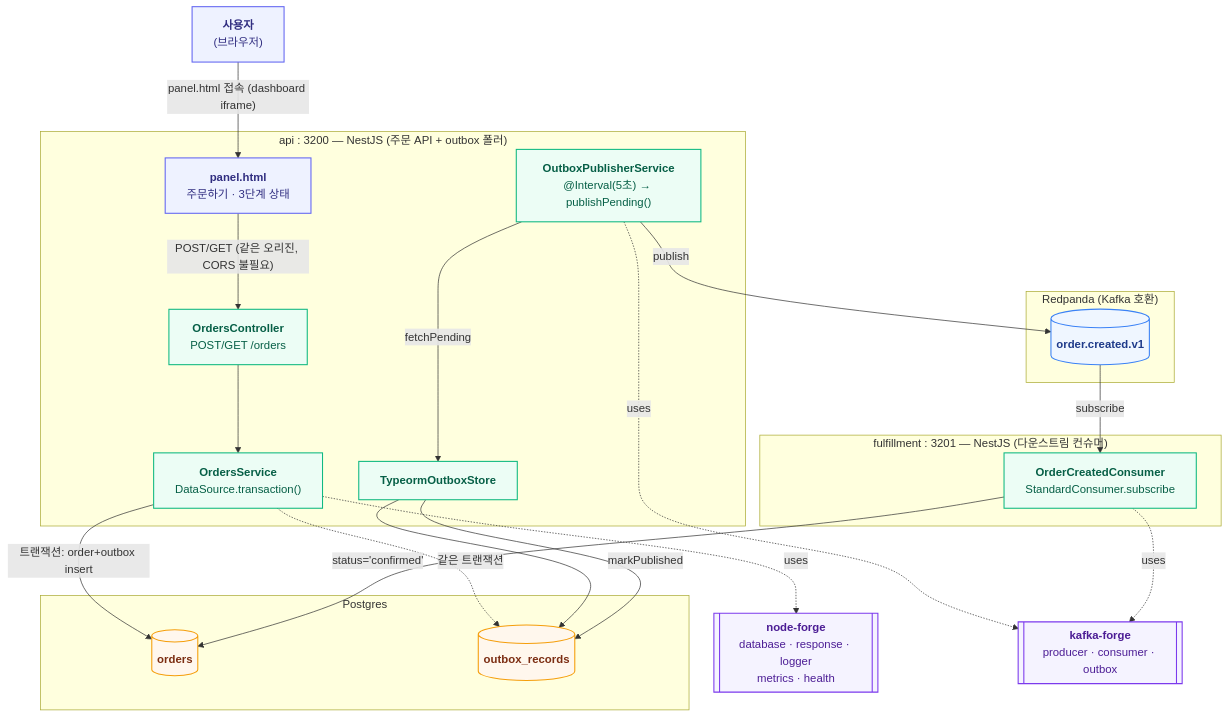
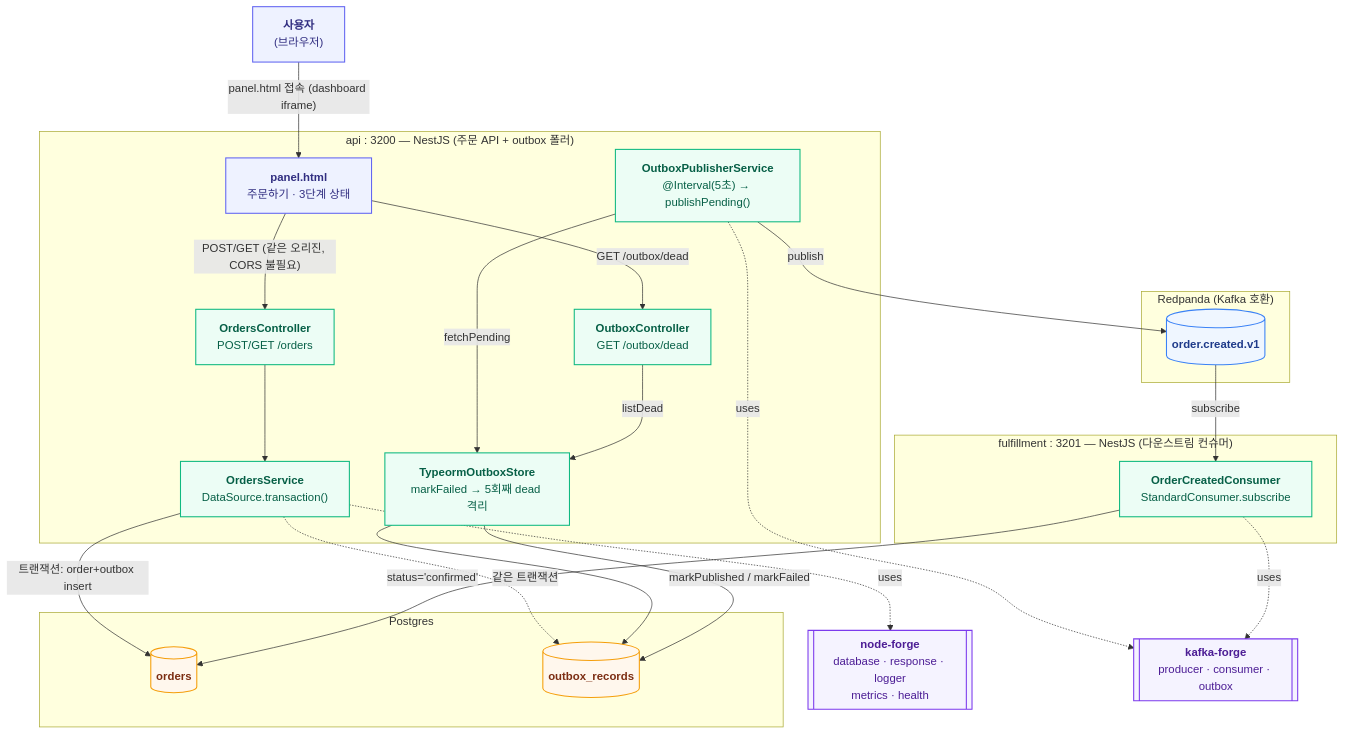
Before and after one commit to paikpaik/forgeLab: the diagram in services/order-outbox/ARCHITECTURE.md, drawn with Mermaid. The commit also changed other lines of this file and 15 other files, not shown here.

````diff
--- a/services/order-outbox/ARCHITECTURE.md
+++ b/services/order-outbox/ARCHITECTURE.md
@@ -19,65 +19,70 @@
 ```mermaid
 flowchart TB
     U["`**사용자**
     (브라우저)`"]
 
     subgraph API["api : 3200 — NestJS (주문 API + outbox 폴러)"]
         PANEL["`**panel.html**
         주문하기 · 3단계 상태`"]
         OAPI["`**OrdersController**
         POST/GET /orders`"]
         OSVC["`**OrdersService**
         DataSource.transaction()`"]
         PUB["`**OutboxPublisherService**
         @Interval(5초) → publishPending()`"]
-        STORE["`**TypeormOutboxStore**`"]
+        STORE["`**TypeormOutboxStore**
+        markFailed → 5회째 dead 격리`"]
+        DEADAPI["`**OutboxController**
+        GET /outbox/dead`"]
     end
 
     subgraph FUL["fulfillment : 3201 — NestJS (다운스트림 컨슈머)"]
         CONS["`**OrderCreatedConsumer**
         StandardConsumer.subscribe`"]
     end
 
     subgraph PG["Postgres"]
         ORDERS[("`**orders**`")]
         OUTBOX[("`**outbox_records**`")]
     end
 
     subgraph KAFKA["Redpanda (Kafka 호환)"]
         TOPIC[("`**order.created.v1**`")]
     end
 
     NF[["`**node-forge**
     database · response · logger
     metrics · health`"]]
     KF[["`**kafka-forge**
     producer · consumer · outbox`"]]
 
     U -->|"panel.html 접속 (dashboard iframe)"| PANEL
     PANEL -->|"POST/GET (같은 오리진, CORS 불필요)"| OAPI
     OAPI --> OSVC
     OSVC -->|"트랜잭션: order+outbox insert"| ORDERS
     OSVC -.->|"같은 트랜잭션"| OUTBOX
     PUB -->|fetchPending| STORE
     STORE --> OUTBOX
     PUB -->|publish| TOPIC
-    STORE -->|markPublished| OUTBOX
+    STORE -->|"markPublished / markFailed"| OUTBOX
+    DEADAPI -->|listDead| STORE
+    PANEL -->|"GET /outbox/dead"| DEADAPI
     TOPIC -->|subscribe| CONS
     CONS -->|"status='confirmed'"| ORDERS
 
     OSVC -.uses.-> NF
     PUB -.uses.-> KF
     CONS -.uses.-> KF
 
     classDef entryNode fill:#eef2ff,stroke:#6366f1,stroke-width:1.5px,color:#312e81
     classDef logicNode fill:#ecfdf5,stroke:#10b981,stroke-width:1.5px,color:#065f46
     classDef dbNode fill:#fff7ed,stroke:#f59e0b,stroke-width:1.5px,color:#7c2d12
     classDef kafkaNode fill:#eff6ff,stroke:#3b82f6,stroke-width:1.5px,color:#1e3a8a
     classDef forgeNode fill:#f5f3ff,stroke:#7c3aed,stroke-width:1.5px,color:#4c1d95
 
     class U,PANEL entryNode
-    class OAPI,OSVC,PUB,STORE,CONS logicNode
+    class OAPI,OSVC,PUB,STORE,CONS,DEADAPI logicNode
     class ORDERS,OUTBOX dbNode
     class TOPIC kafkaNode
     class NF,KF forgeNode
 ```
````
